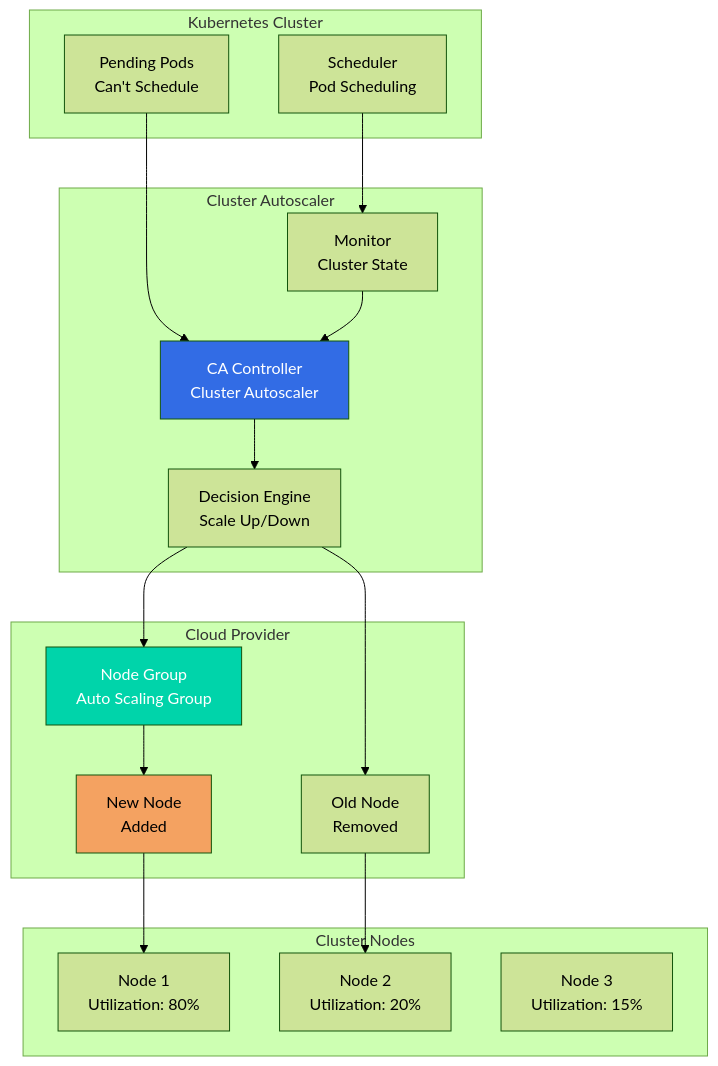
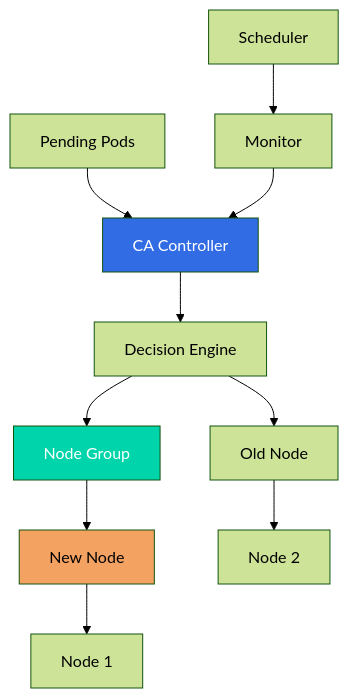
Diagram 31 of 33 in README.md (jayeshjd555/Kubernetes), drawn with Mermaid (forest theme) before and after one commit. The commit also changed other lines of this file, not shown here.

Commit message:
diagram fix

````diff
--- a/README.md
+++ b/README.md
@@ -11640,39 +11585,16 @@
 ```mermaid
-graph TB
-    subgraph K8sCluster["Kubernetes Cluster"]
-        Scheduler["Scheduler<br/>Pod Scheduling"]
-        Pending["Pending Pods<br/>Can't Schedule"]
-    end
-    
-    subgraph CACtrl["Cluster Autoscaler"]
-        CA["CA Controller<br/>Cluster Autoscaler"]
-        Monitor["Monitor<br/>Cluster State"]
-        Decision["Decision Engine<br/>Scale Up/Down"]
-    end
-    
-    subgraph CloudProv["Cloud Provider"]
-        NodeGroup["Node Group<br/>Auto Scaling Group"]
-        NewNode["New Node<br/>Added"]
-        OldNode["Old Node<br/>Removed"]
-    end
-    
-    subgraph ClusterNodes["Cluster Nodes"]
-        Node1["Node 1<br/>Utilization: 80%"]
-        Node2["Node 2<br/>Utilization: 20%"]
-        Node3["Node 3<br/>Utilization: 15%"]
-    end
-    
-    Pending --> CA
-    Scheduler --> Monitor
+flowchart TB
+    Pending[Pending Pods] --> CA[CA Controller]
+    Scheduler[Scheduler] --> Monitor[Monitor]
     Monitor --> CA
-    CA --> Decision
-    Decision --> NodeGroup
-    NodeGroup --> NewNode
-    Decision --> OldNode
-    NewNode --> Node1
-    OldNode --> Node2
+    CA --> Decision[Decision Engine]
+    Decision --> NodeGroup[Node Group]
+    NodeGroup --> NewNode[New Node]
+    Decision --> OldNode[Old Node]
+    NewNode --> Node1[Node 1]
+    OldNode --> Node2[Node 2]
     
     style CA fill:#326ce5,color:#fff
     style NodeGroup fill:#00d4aa,color:#fff
     style NewNode fill:#f4a261,color:#000
 ```
````
